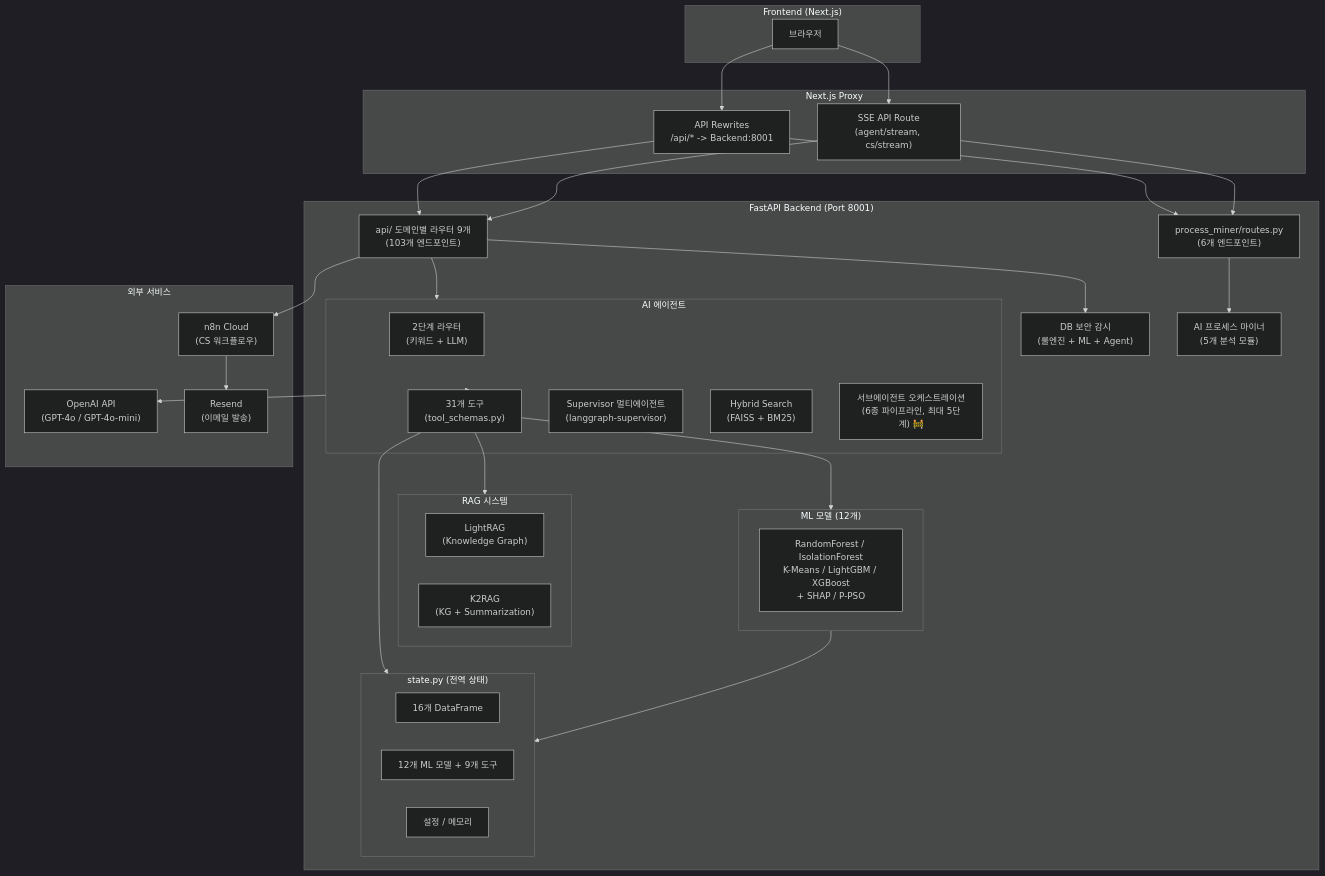
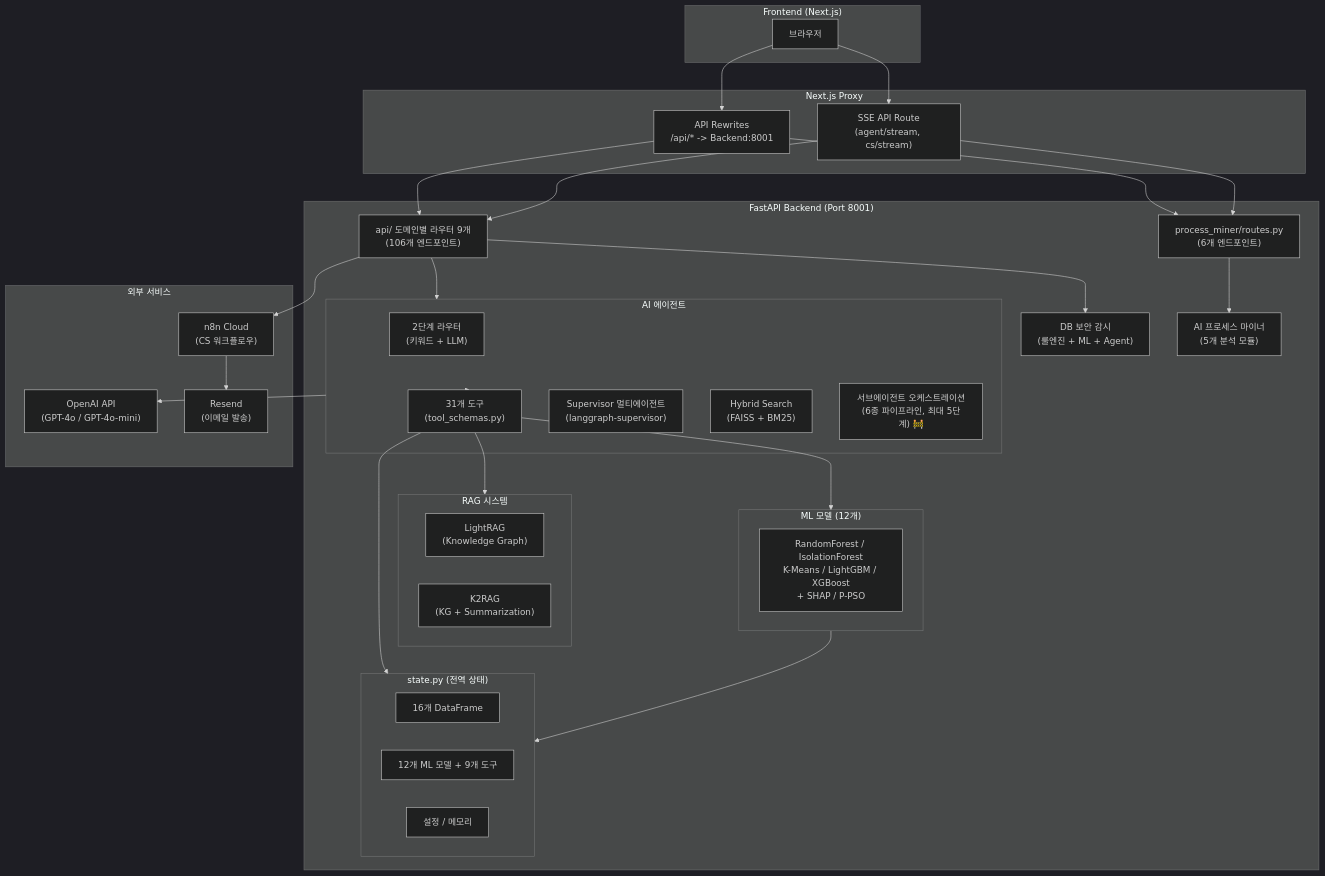
One commit to ASNGG/cafe24-demo changed the first of 28 diagrams in backend 리팩토링 시작/README.md. Above: the diagram before and after it, drawn with Mermaid (dark theme). The commit also changed other lines of this file and 11 other files, not shown here.

````diff
--- a/backend 리팩토링 시작/README.md
+++ b/backend 리팩토링 시작/README.md
@@ -216,58 +216,58 @@
 ```mermaid
 flowchart TB
     subgraph Client["Frontend (Next.js)"]
         FE["브라우저"]
     end
 
     subgraph Proxy["Next.js Proxy"]
         NP["API Rewrites<br/>/api/* -> Backend:8001"]
         SSE["SSE API Route<br/>(agent/stream, cs/stream)"]
     end
 
     subgraph Backend["FastAPI Backend (Port 8001)"]
-        ROUTES["api/ 도메인별 라우터 9개<br/>(103개 엔드포인트)"]
+        ROUTES["api/ 도메인별 라우터 9개<br/>(106개 엔드포인트)"]
         PM_ROUTES["process_miner/routes.py<br/>(6개 엔드포인트)"]
 
         subgraph Agent["AI 에이전트"]
             ROUTER["2단계 라우터<br/>(키워드 + LLM)"]
             TOOLS["31개 도구<br/>(tool_schemas.py)"]
             SUPERVISOR["Supervisor 멀티에이전트<br/>(langgraph-supervisor)"]
             HYBRID["하이브리드 라우팅<br/>(워커 직접 / Supervisor 경유)"]
             SUBAGENT["서브에이전트 오케스트레이션<br/>(6종 파이프라인, 최대 5단계) 🚧"]
         end
 
         subgraph RAG["RAG 시스템"]
             HYBRID["Hybrid Search<br/>(FAISS + BM25)"]
             LIGHTRAG["LightRAG<br/>(Knowledge Graph)"]
             K2RAG["K2RAG<br/>(KG + Summarization)"]
         end
 
         subgraph ML["ML 모델 (12개)"]
             MODELS["RandomForest / IsolationForest<br/>K-Means / LightGBM / XGBoost<br/>+ SHAP / P-PSO"]
         end
 
         subgraph State["state.py (전역 상태)"]
             DF["16개 DataFrame"]
             MLV["12개 ML 모델 + 9개 도구"]
             CFG["설정 / 메모리"]
         end
 
         GUARDIAN["DB 보안 감시<br/>(룰엔진 + ML + Agent)"]
         MINER["AI 프로세스 마이너<br/>(5개 분석 모듈)"]
     end
 
     subgraph External["외부 서비스"]
         OPENAI["OpenAI API<br/>(GPT-4o / GPT-4o-mini)"]
         N8N["n8n Cloud<br/>(CS 워크플로우)"]
         RESEND["Resend<br/>(이메일 발송)"]
     end
 
     FE --> NP & SSE --> ROUTES & PM_ROUTES
     ROUTES --> Agent --> TOOLS --> ML & RAG
     ROUTES --> GUARDIAN
     PM_ROUTES --> MINER
     Agent --> OPENAI
     ROUTES --> N8N --> RESEND
     TOOLS --> State
     ML --> State
 ```
````
